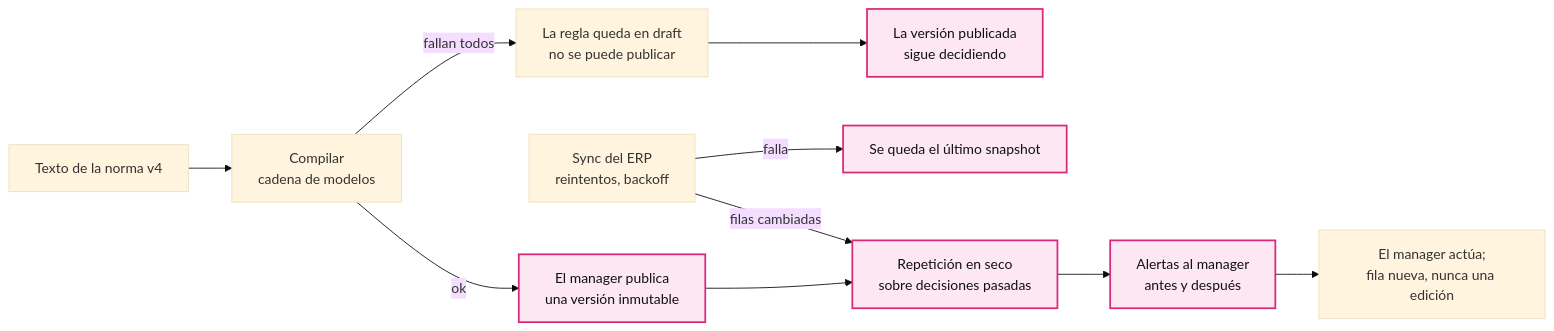
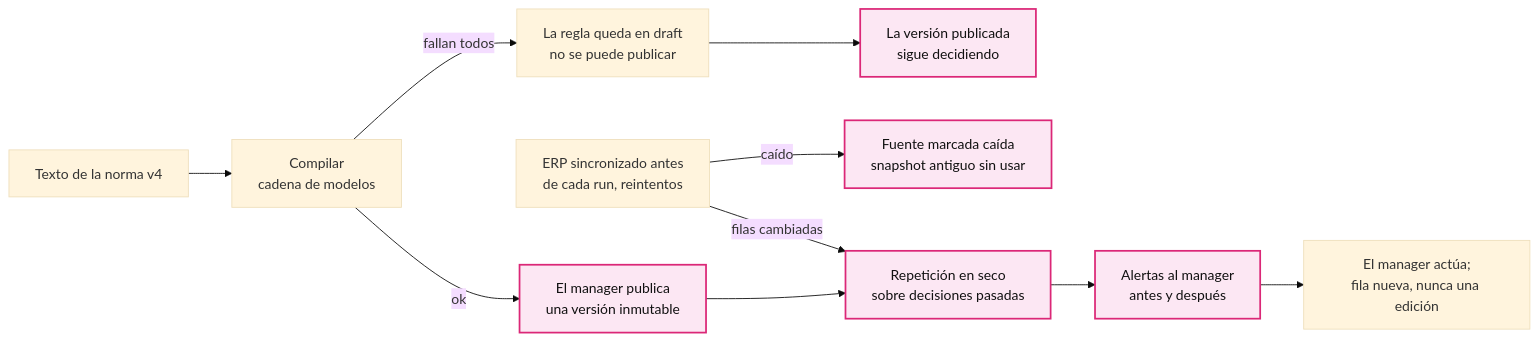
Before and after one commit to Martinhdeez/trace-it: the sixth of 6 diagrams in demo-logs/delivery/albertitos_plan.md, drawn with Mermaid (base theme). The commit also changed other lines of this file and 16 other files, not shown here.

First line of the commit message:
docs(adr): 0027 and 0028 into detail; key B adds SOURCE_UNAVAILABLE, key E syncs the ERP before every run

````diff
--- a/demo-logs/delivery/albertitos_plan.md
+++ b/demo-logs/delivery/albertitos_plan.md
@@ -430,14 +440,14 @@
 ```mermaid
 flowchart LR
   NV["Texto de la norma v4"] --> CMP["Compilar<br/>cadena de modelos"]
   CMP -- "fallan todos" --> DR["La regla queda en draft<br/>no se puede publicar"]
   DR --> OLDV["La versión publicada<br/>sigue decidiendo"]
   CMP -- ok --> PV["El manager publica<br/>una versión inmutable"]
-  ERP["Sync del ERP<br/>reintentos, backoff"] -- falla --> OLD["Se queda el último snapshot"]
+  ERP["ERP sincronizado antes<br/>de cada run, reintentos"] -- "caído" --> OLD["Fuente marcada caída<br/>snapshot antiguo sin usar"]
   ERP -- "filas cambiadas" --> DRY["Repetición en seco<br/>sobre decisiones pasadas"]
   PV --> DRY
   DRY --> AL["Alertas al manager<br/>antes y después"]
   AL --> MG["El manager actúa;<br/>fila nueva, nunca una edición"]
   classDef ke fill:#fce7f3,stroke:#db2777,stroke-width:2px,color:#111
   class OLDV,PV,OLD,DRY,AL ke
 ```
````
